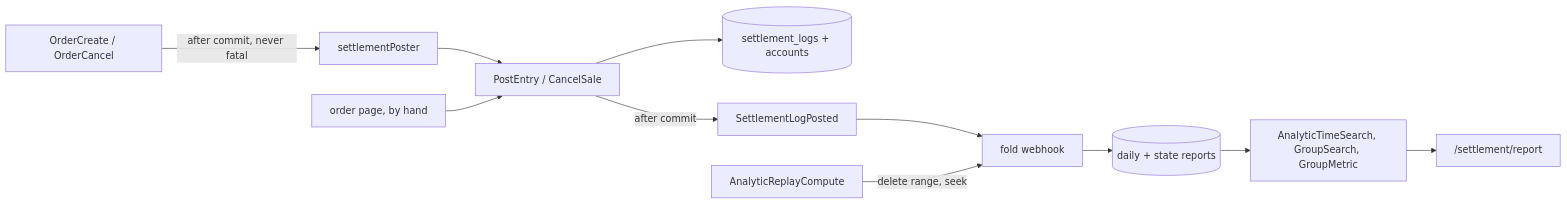
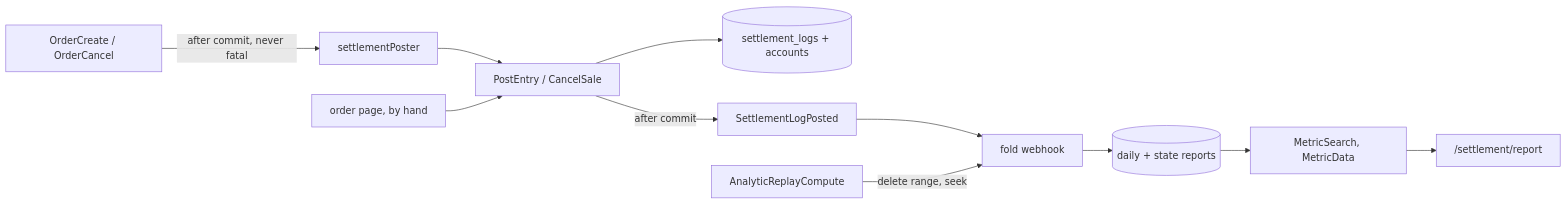
One commit to pdcgo/warehouse_revamp changed the diagram in docs/development_state/settlement/context.md. Above: the diagram before and after it, drawn with Mermaid. The commit also changed other lines of this file and 57 other files, not shown here.

First line of the commit message:
feat(settlement): the reports move to the analytic pattern — MetricSearch / MetricData

````diff
--- a/docs/development_state/settlement/context.md
+++ b/docs/development_state/settlement/context.md
@@ -35,13 +49,13 @@
 ```mermaid
 flowchart LR
   O["OrderCreate / OrderCancel"] -->|"after commit, never fatal"| A["settlementPoster"]
   A --> W["PostEntry / CancelSale"]
   M["order page, by hand"] --> W
   W --> L[("settlement_logs + accounts")]
   W -->|"after commit"| E["SettlementLogPosted"]
   E --> F["fold webhook"]
   F --> R[("daily + state reports")]
-  R --> Q["AnalyticTimeSearch, GroupSearch, GroupMetric"]
+  R --> Q["MetricSearch, MetricData"]
   Q --> S["/settlement/report"]
   RC["AnalyticReplayCompute"] -->|"delete range, seek"| F
 ```
````
